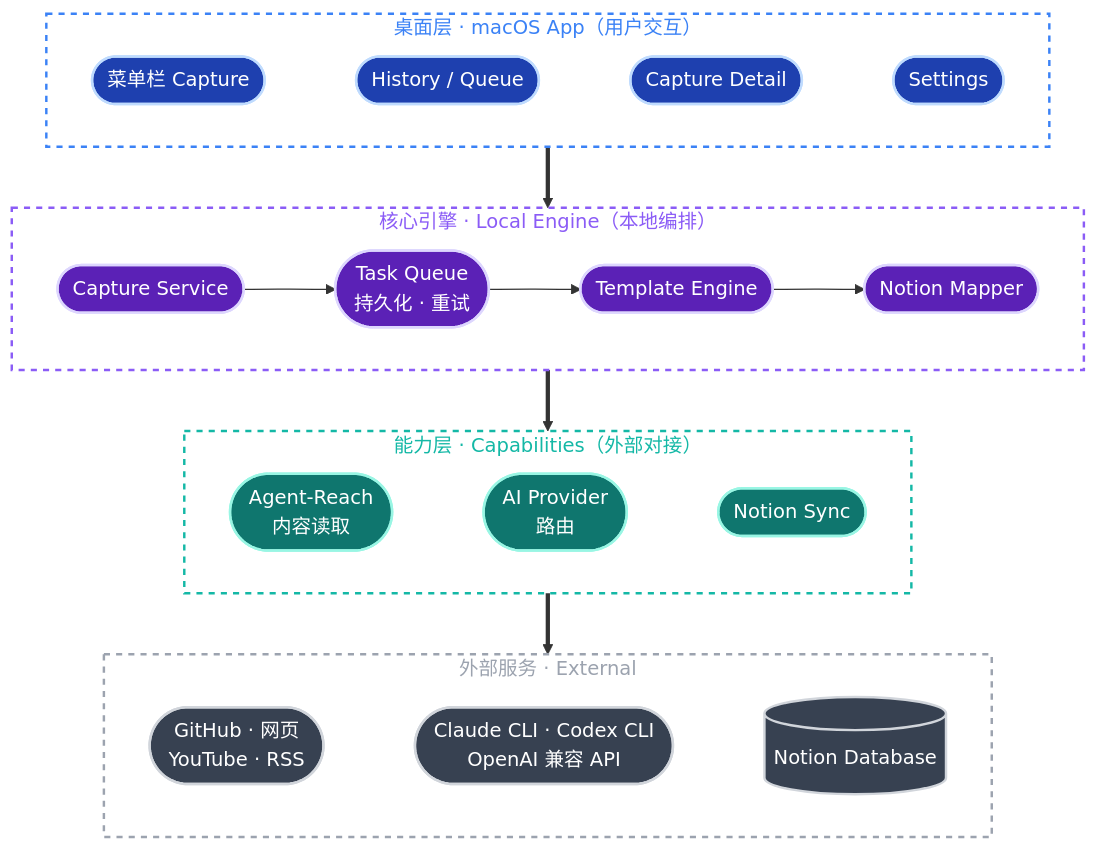
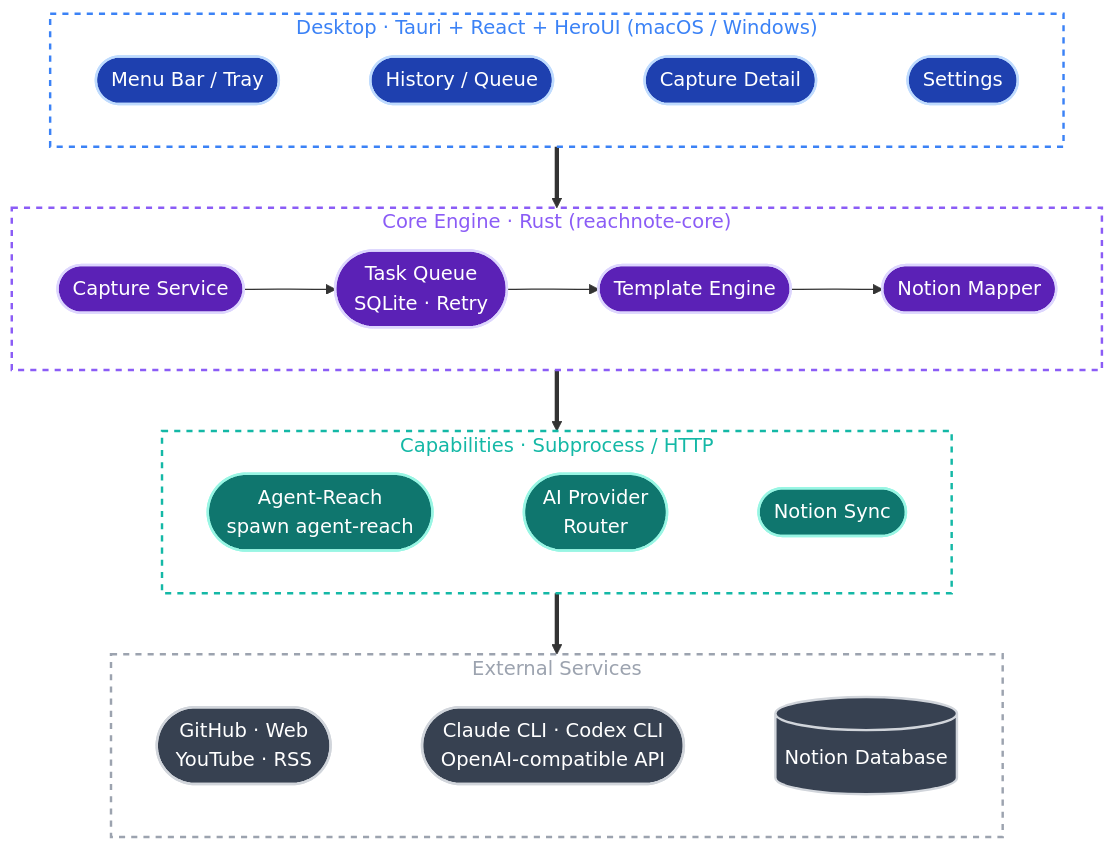
Before and after one commit to AliceDel66/ReachNote: the second of 5 diagrams in README.md, drawn with Mermaid. The commit also changed other lines of this file and 33 other files, not shown here.

````diff
--- a/README.md
+++ b/README.md
@@ -105,34 +113,34 @@
 ```mermaid
 flowchart TB
     classDef ui fill:#1e40af,stroke:#bfdbfe,stroke-width:2px,color:#fff
     classDef core fill:#5b21b6,stroke:#ddd6fe,stroke-width:2px,color:#fff
     classDef cap fill:#0f766e,stroke:#99f6e4,stroke-width:2px,color:#fff
     classDef ext fill:#374151,stroke:#d1d5db,stroke-width:2px,color:#fff
 
-    subgraph UI["桌面层 · macOS App（用户交互）"]
+    subgraph UI["Desktop · Tauri + React + HeroUI (macOS / Windows)"]
         direction LR
-        Menu(["菜单栏 Capture"]):::ui ~~~ History(["History / Queue"]):::ui ~~~ Detail(["Capture Detail"]):::ui ~~~ Settings(["Settings"]):::ui
+        Menu(["Menu Bar / Tray"]):::ui ~~~ History(["History / Queue"]):::ui ~~~ Detail(["Capture Detail"]):::ui ~~~ Settings(["Settings"]):::ui
     end
 
-    subgraph Core["核心引擎 · Local Engine（本地编排）"]
+    subgraph Core["Core Engine · Rust (reachnote-core)"]
         direction LR
-        CaptureSvc(["Capture Service"]):::core --> Queue(["Task Queue<br/>持久化 · 重试"]):::core --> Tmpl(["Template Engine"]):::core --> Mapper(["Notion Mapper"]):::core
+        CaptureSvc(["Capture Service"]):::core --> Queue(["Task Queue<br/>SQLite · Retry"]):::core --> Tmpl(["Template Engine"]):::core --> Mapper(["Notion Mapper"]):::core
     end
 
-    subgraph Cap["能力层 · Capabilities（外部对接）"]
+    subgraph Cap["Capabilities · Subprocess / HTTP"]
         direction LR
-        Reach(["Agent-Reach<br/>内容读取"]):::cap ~~~ AIRouter(["AI Provider<br/>路由"]):::cap ~~~ NotionSync(["Notion Sync"]):::cap
+        Reach(["Agent-Reach<br/>spawn agent-reach"]):::cap ~~~ AIRouter(["AI Provider<br/>Router"]):::cap ~~~ NotionSync(["Notion Sync"]):::cap
     end
 
-    subgraph Ext["外部服务 · External"]
+    subgraph Ext["External Services"]
         direction LR
-        Sites(["GitHub · 网页<br/>YouTube · RSS"]):::ext ~~~ AIBackends(["Claude CLI · Codex CLI<br/>OpenAI 兼容 API"]):::ext ~~~ NotionDB[("Notion Database")]:::ext
+        Sites(["GitHub · Web<br/>YouTube · RSS"]):::ext ~~~ AIBackends(["Claude CLI · Codex CLI<br/>OpenAI-compatible API"]):::ext ~~~ NotionDB[("Notion Database")]:::ext
     end
 
     UI ==> Core ==> Cap ==> Ext
 
     style UI fill:none,stroke:#3b82f6,stroke-width:2px,stroke-dasharray:5 5,color:#3b82f6
     style Core fill:none,stroke:#8b5cf6,stroke-width:2px,stroke-dasharray:5 5,color:#8b5cf6
     style Cap fill:none,stroke:#14b8a6,stroke-width:2px,stroke-dasharray:5 5,color:#14b8a6
     style Ext fill:none,stroke:#9ca3af,stroke-width:2px,stroke-dasharray:5 5,color:#9ca3af
 ```
````
